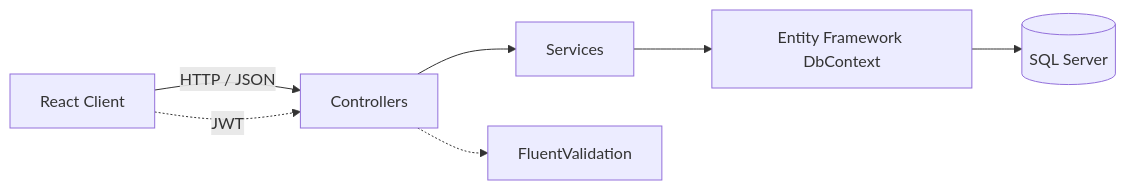
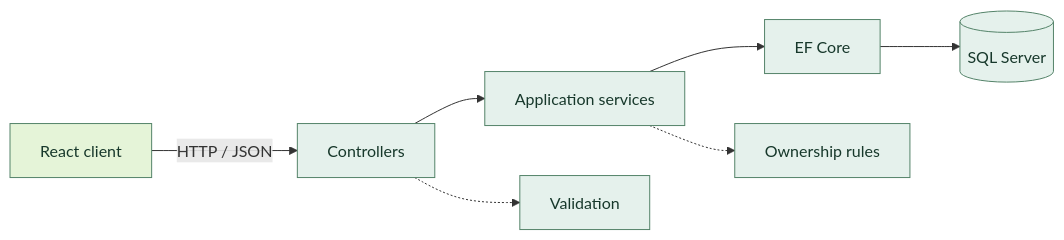
Before and after one commit to here-is-leo/expense-tracker: the diagram in README.md, drawn with Mermaid. The commit also changed other lines of this file, not shown here.

````diff
--- a/README.md
+++ b/README.md
@@ -104,9 +84,13 @@
 ```mermaid
 flowchart LR
-    Client[React Client] -->|HTTP / JSON| Controllers
-    Controllers --> Services
-    Services --> DbContext[Entity Framework DbContext]
-    DbContext --> Database[(SQL Server)]
-    Controllers -.-> Validation[FluentValidation]
-    Client -. JWT .-> Controllers
+    A[React client] -->|HTTP / JSON| B[Controllers]
+    B --> C[Application services]
+    C --> D[EF Core]
+    D --> E[(SQL Server)]
+    B -.-> V[Validation]
+    C -.-> O[Ownership rules]
+    classDef client fill:#E5F4D8,stroke:#548369,color:#17382B;
+    classDef server fill:#E5F1EC,stroke:#548369,color:#17382B;
+    class A client;
+    class B,C,D,E,V,O server;
 ```
````
